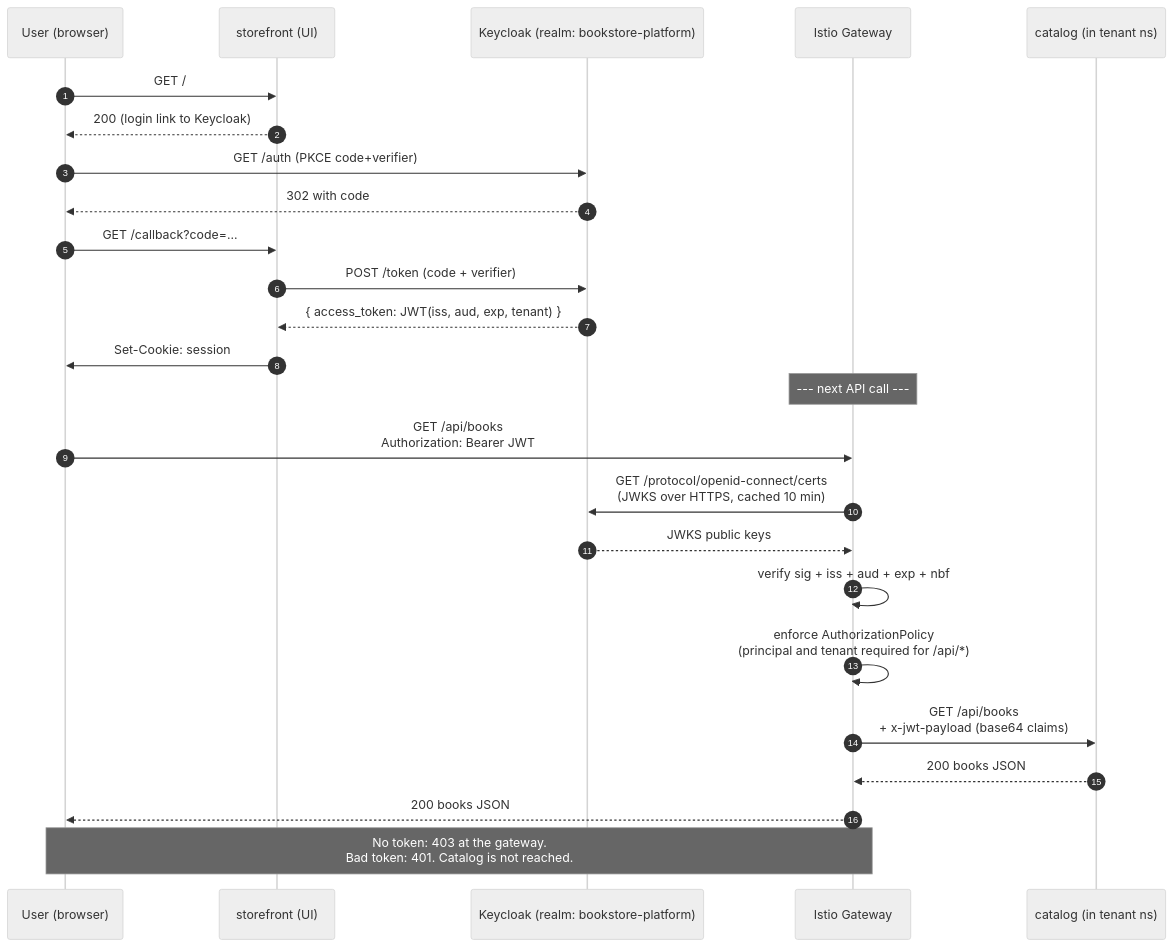
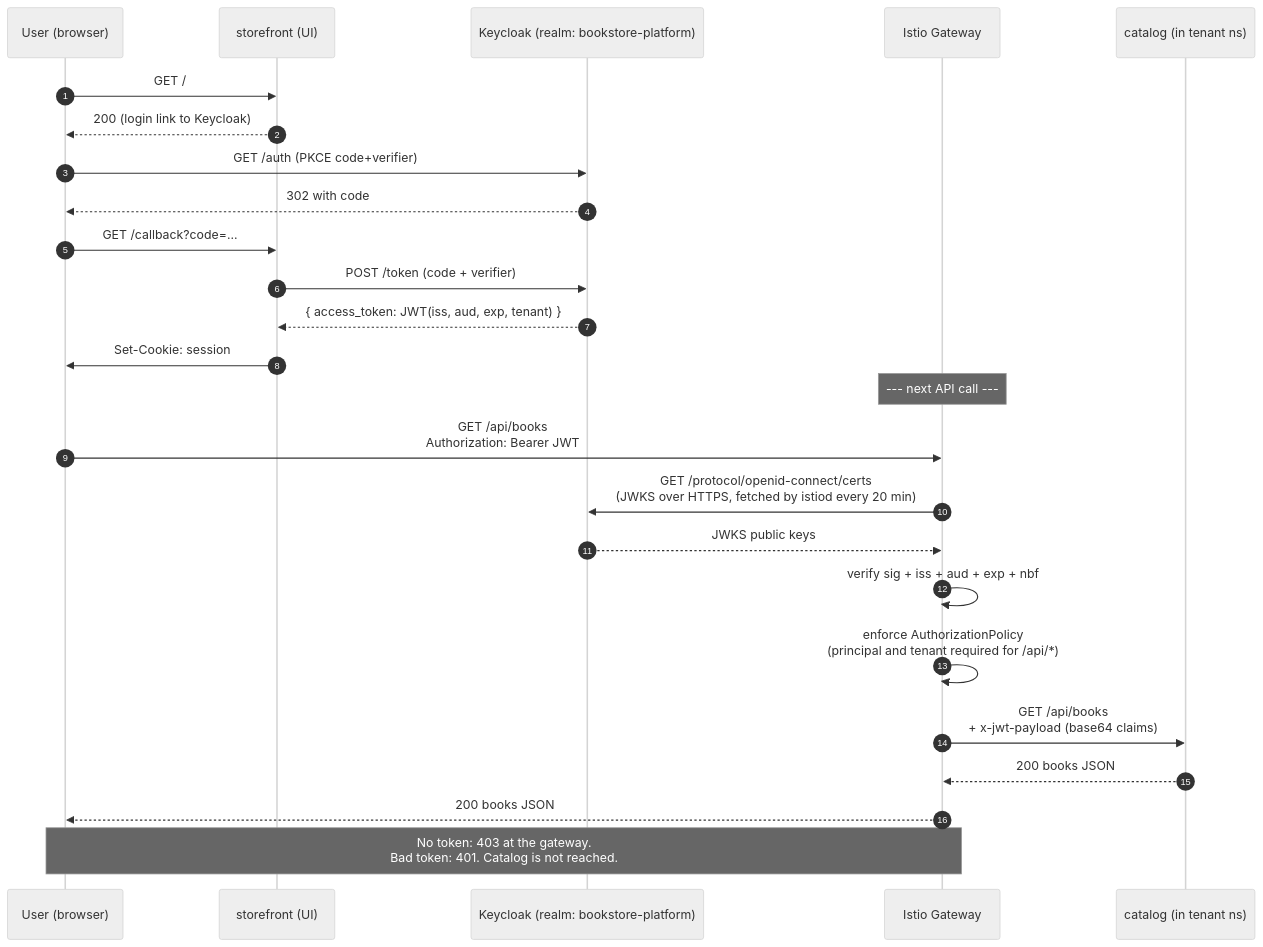
The first of 2 diagrams in full-guide/13-grand-capstone-bookstore-platform/04-real-auth-keycloak-irsa-istio-jwt.md (abd-ulbasit/bookstore-kubernetes-guide), drawn with Mermaid (neutral theme) before and after one commit. The commit also changed other lines of this file and 13 other files, not shown here.

````diff
--- a/full-guide/13-grand-capstone-bookstore-platform/04-real-auth-keycloak-irsa-istio-jwt.md
+++ b/full-guide/13-grand-capstone-bookstore-platform/04-real-auth-keycloak-irsa-istio-jwt.md
@@ -127,28 +127,28 @@
 ```mermaid
 sequenceDiagram
     autonumber
     participant U as User (browser)
     participant SF as storefront (UI)
     participant KC as Keycloak (realm: bookstore-platform)
     participant G as Istio Gateway
     participant C as catalog (in tenant ns)
 
     U->>SF: GET /
     SF-->>U: 200 (login link to Keycloak)
     U->>KC: GET /auth (PKCE code+verifier)
     KC-->>U: 302 with code
     U->>SF: GET /callback?code=...
     SF->>KC: POST /token (code + verifier)
     KC-->>SF: { access_token: JWT(iss, aud, exp, tenant) }
     SF->>U: Set-Cookie: session
     Note over G: --- next API call ---
     U->>G: GET /api/books<br/>Authorization: Bearer JWT
-    G->>KC: GET /protocol/openid-connect/certs<br/>(JWKS over HTTPS, cached 10 min)
+    G->>KC: GET /protocol/openid-connect/certs<br/>(JWKS over HTTPS, fetched by istiod every 20 min)
     KC-->>G: JWKS public keys
     G->>G: verify sig + iss + aud + exp + nbf
     G->>G: enforce AuthorizationPolicy<br/>(principal and tenant required for /api/*)
     G->>C: GET /api/books<br/>+ x-jwt-payload (base64 claims)
     C-->>G: 200 books JSON
     G-->>U: 200 books JSON
     Note over U,G: No token: 403 at the gateway.<br/>Bad token: 401. Catalog is not reached.
 ```
````
